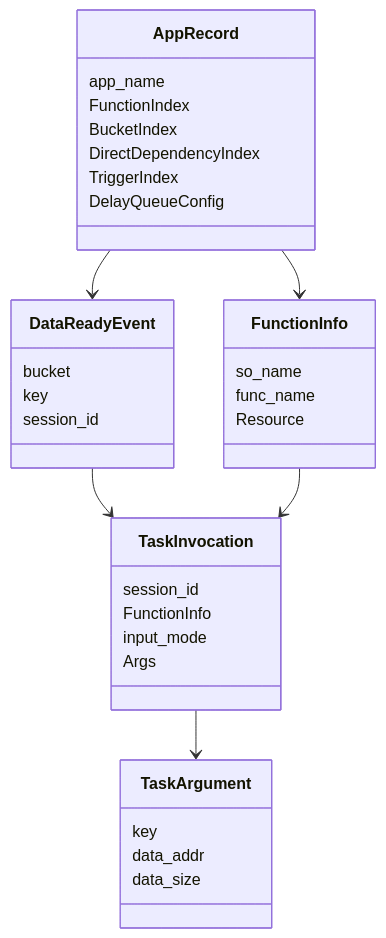
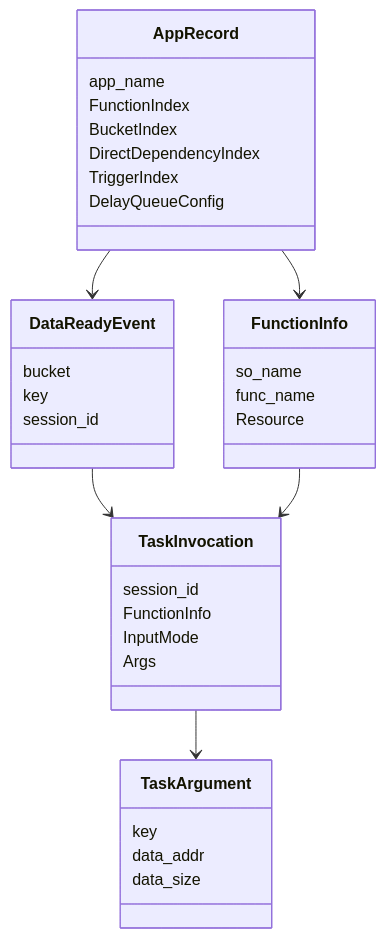
The diagram in docs/v0.6/appendix/D-数据结构与错误码.md (10wvw01/Pheromone-mini), drawn with Mermaid before and after one commit. The commit also changed 6 other files, not shown here.

Commit message:
docs(v0.6): distinguish JSON trigger_option from Go InputMode

```diff
--- a/docs/v0.6/appendix/D-数据结构与错误码.md
+++ b/docs/v0.6/appendix/D-数据结构与错误码.md
@@ -5,37 +5,37 @@
 ~~~mermaid
 classDiagram
     class AppRecord {
       app_name
       FunctionIndex
       BucketIndex
       DirectDependencyIndex
       TriggerIndex
       DelayQueueConfig
     }
     class FunctionInfo {
       so_name
       func_name
       Resource
     }
     class DataReadyEvent {
       bucket
       key
       session_id
     }
     class TaskArgument {
       key
       data_addr
       data_size
     }
     class TaskInvocation {
       session_id
       FunctionInfo
-      input_mode
+      InputMode
       Args
     }
     AppRecord --> FunctionInfo
     AppRecord --> DataReadyEvent
     DataReadyEvent --> TaskInvocation
     FunctionInfo --> TaskInvocation
     TaskInvocation --> TaskArgument
 ~~~
```
